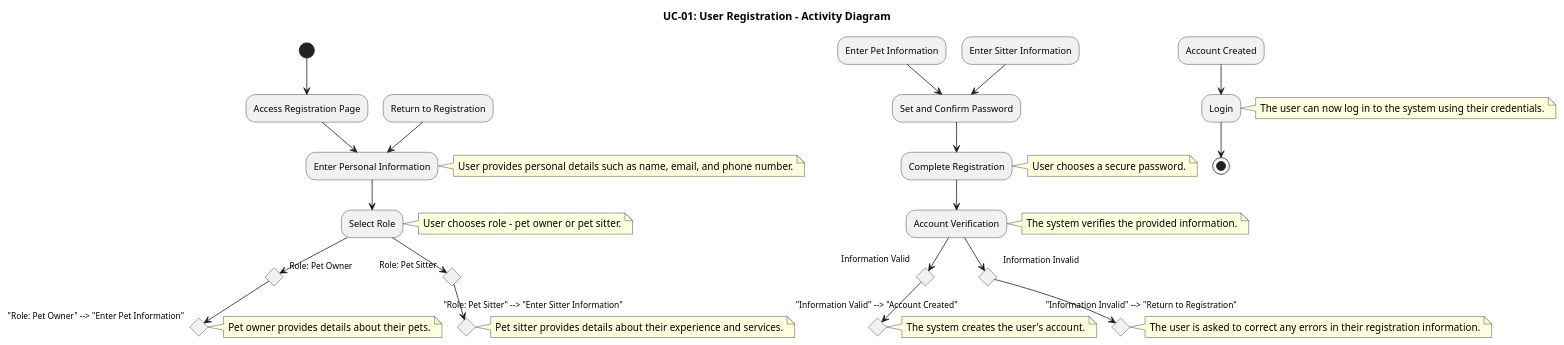
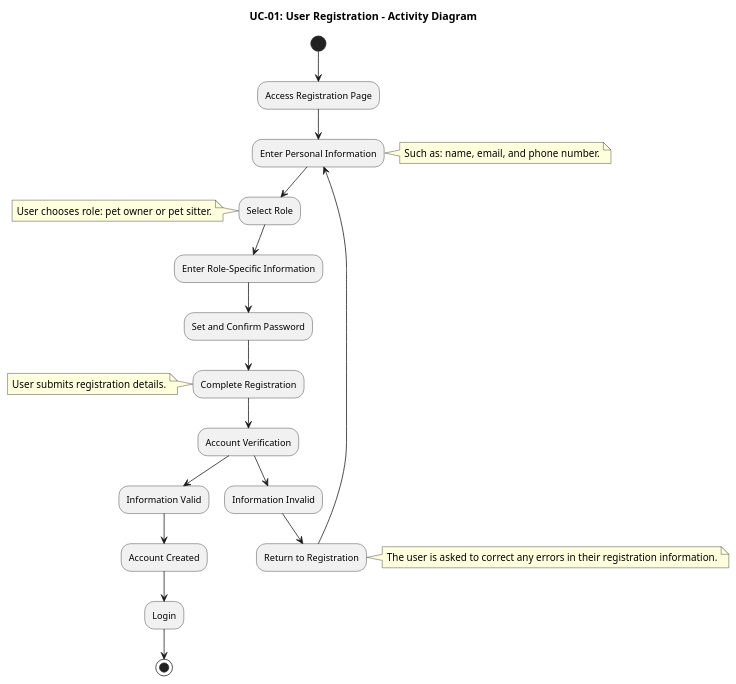
Before and after one commit to IrenePorta/PetSitters: the diagram in Documents/PlantUML/UC-01_ACTIVITY_Diagram.puml, drawn with PlantUML.

```diff
--- a/Documents/PlantUML/UC-01_ACTIVITY_Diagram.puml
+++ b/Documents/PlantUML/UC-01_ACTIVITY_Diagram.puml
@@ -1,40 +1,33 @@
 @startuml
 title UC-01: User Registration - Activity Diagram
 
 (*) --> "Access Registration Page"
 
 "Access Registration Page" --> "Enter Personal Information"
-note right: User provides personal details such as name, email, and phone number.
+note right: Such as: name, email, and phone number.
 
 "Enter Personal Information" --> "Select Role"
-note right: User chooses role - pet owner or pet sitter.
+note left: User chooses role: pet owner or pet sitter.
 
-"Select Role" --> if "Role: Pet Owner"
-if "Role: Pet Owner" --> "Enter Pet Information"
-note right: Pet owner provides details about their pets.
-"Enter Pet Information" --> "Set and Confirm Password"
+"Select Role" --> "Enter Role-Specific Information"
 
-"Select Role" --> if "Role: Pet Sitter"
-if "Role: Pet Sitter" --> "Enter Sitter Information"
-note right: Pet sitter provides details about their experience and services.
-"Enter Sitter Information" --> "Set and Confirm Password"
+"Enter Role-Specific Information" --> "Set and Confirm Password"
 
 "Set and Confirm Password" --> "Complete Registration"
-note right: User chooses a secure password.
+note left: User submits registration details.
 
 "Complete Registration" --> "Account Verification"
-note right: The system verifies the provided information.
 
-"Account Verification" --> if "Information Valid"
-if "Information Valid" --> "Account Created"
-note right: The system creates the user's account.
+"Account Verification" --> "Information Valid"
+
+"Information Valid" --> "Account Created"
+
 "Account Created" --> "Login"
-note right: The user can now log in to the system using their credentials.
 
-"Account Verification" --> if "Information Invalid"
-if "Information Invalid" --> "Return to Registration"
+"Account Verification" --> "Information Invalid"
+"Information Invalid" --> "Return to Registration"
 note right: The user is asked to correct any errors in their registration information.
 "Return to Registration" --> "Enter Personal Information"
 
 "Login" --> (*)
 @enduml
```
